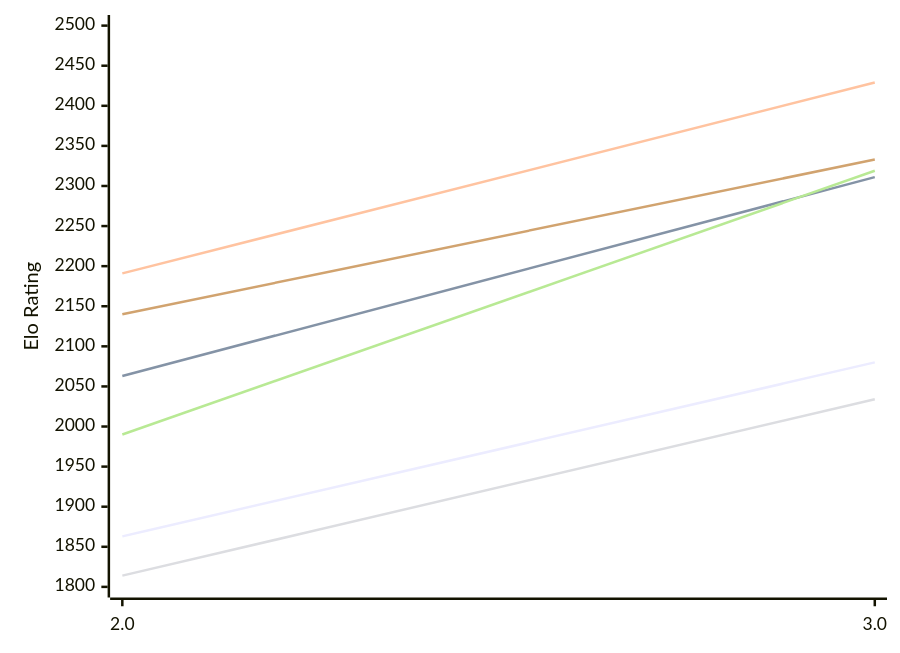
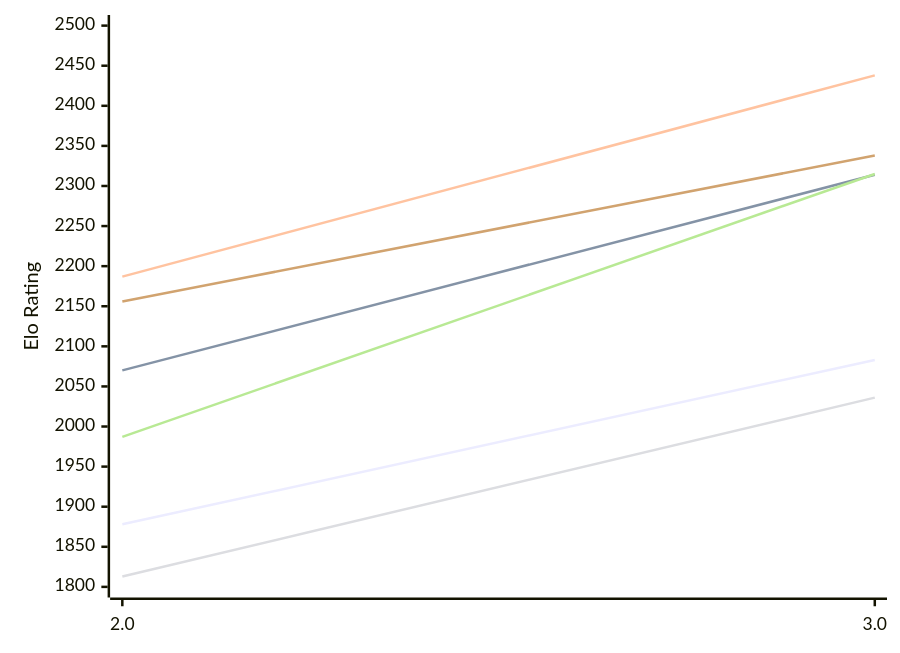
Before and after one commit to computer-chess-index/cci: the first of 2 diagrams in engines/Zeno.md, drawn with Mermaid. The commit also changed other lines of this file, not shown here.

Commit message:
Update CCI Ratings (ELO VLTC) - 2026-11-16

````diff
--- a/engines/Zeno.md
+++ b/engines/Zeno.md
@@ -50,12 +50,12 @@
 ```mermaid
 %%{init: {"theme":"base","themeVariables":{"seriesColors:['#a3a3a3','#222221','#faa371']}}}%%
 xychart-beta
   x-axis ["2.0", "3.0"]
   y-axis "Elo Rating" 1800 --> 2500
-  line "E1: STC (8.0+0.08s)" [1863, 2080]
-  line "E1: LTC (60.0+0.60s)" [2063, 2311]
-  line "E1: VLTC (2m24s+1.12s)" [2191, 2429]
-  line "P1: STC (8.0+0.08s)" [1814, 2034]
-  line "P1: LTC (60.0+0.60s)" [1990, 2319]
-  line "P1: VLTC (2m24s+1.12s)" [2140, 2333]
+  line "E1: STC (8.0+0.08s)" [1878, 2083]
+  line "E1: LTC (60.0+0.60s)" [2070, 2314]
+  line "E1: VLTC (2m24s+1.12s)" [2187, 2438]
+  line "P1: STC (8.0+0.08s)" [1813, 2036]
+  line "P1: LTC (60.0+0.60s)" [1987, 2315]
+  line "P1: VLTC (2m24s+1.12s)" [2156, 2338]
 ```
````
